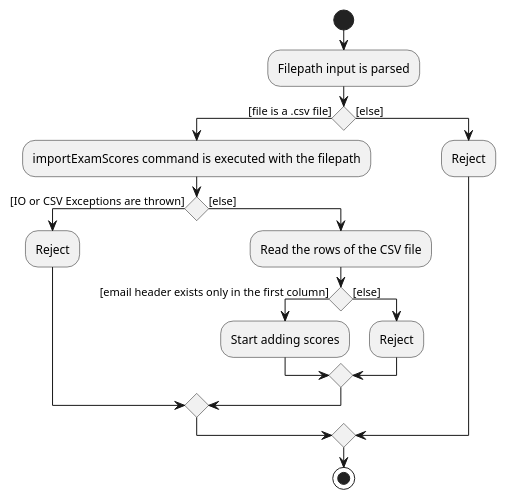
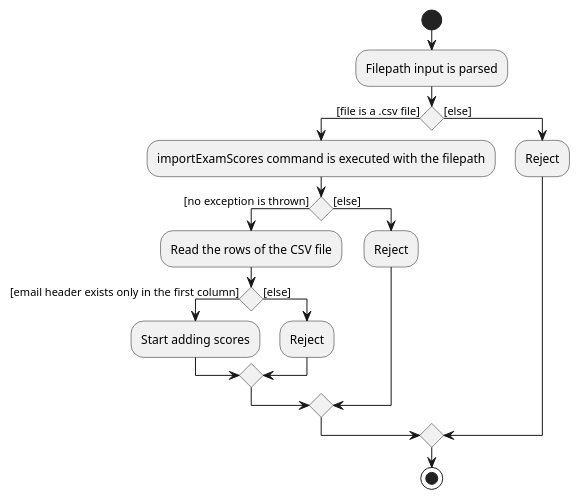
The diagram in docs/diagrams/ImportExamScoresFileActivityDiagram.puml (jayllo-c/tp), drawn with PlantUML before and after one commit. The commit also changed 2 other files, not shown here.

```diff
--- a/docs/diagrams/ImportExamScoresFileActivityDiagram.puml
+++ b/docs/diagrams/ImportExamScoresFileActivityDiagram.puml
@@ -1,23 +1,23 @@
 @startuml
 
 start
 :Filepath input is parsed;
 if () is ([file is a .csv file]) then
   :importExamScores command is executed with the filepath;
-  if () is ([IO or CSV Exceptions are thrown]) then
+  if () is ([no exception is thrown]) then
+  :Read the rows of the CSV file;
+      if () is ([email header exists only in the first column]) then
+        :Start adding scores;
+      else ([else])
+        :Reject;
+      endif
+  else ([else])
     :Reject;
-  else ([else])
-    :Read the rows of the CSV file;
-    if () is ([email header exists only in the first column]) then
-      :Start adding scores;
-    else ([else])
-      :Reject;
-    endif
-    endif
+  endif
 else ([else])
   :Reject;
 endif
 stop
 
 
 @enduml
```
